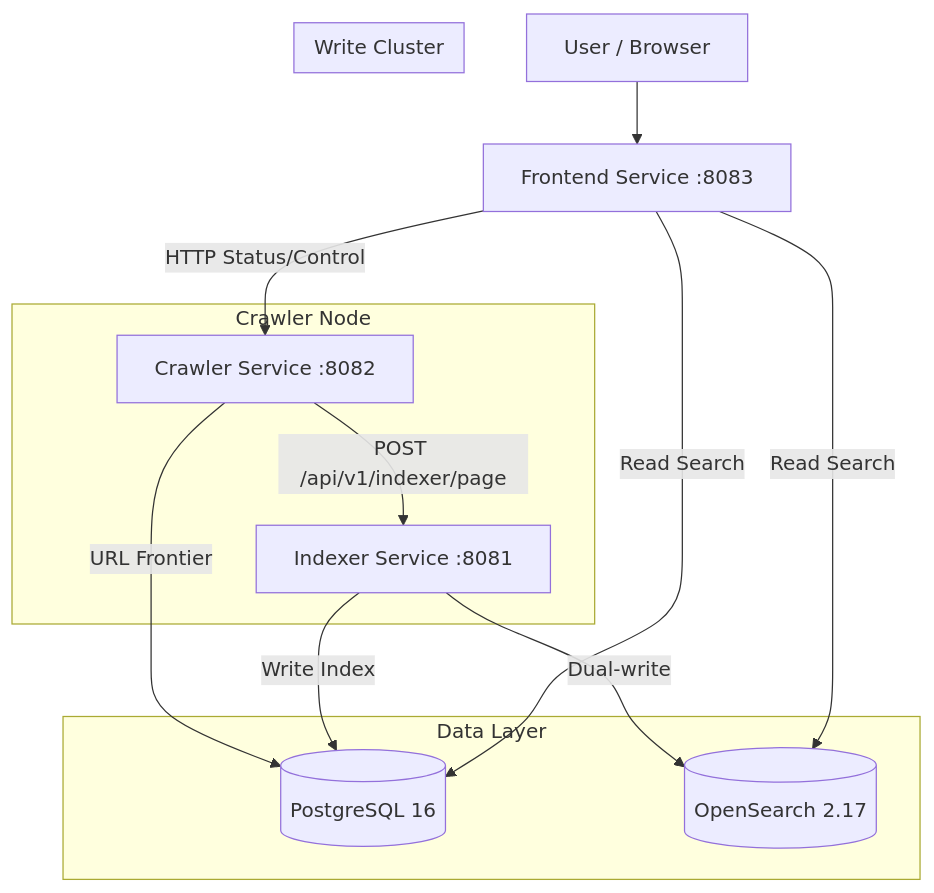
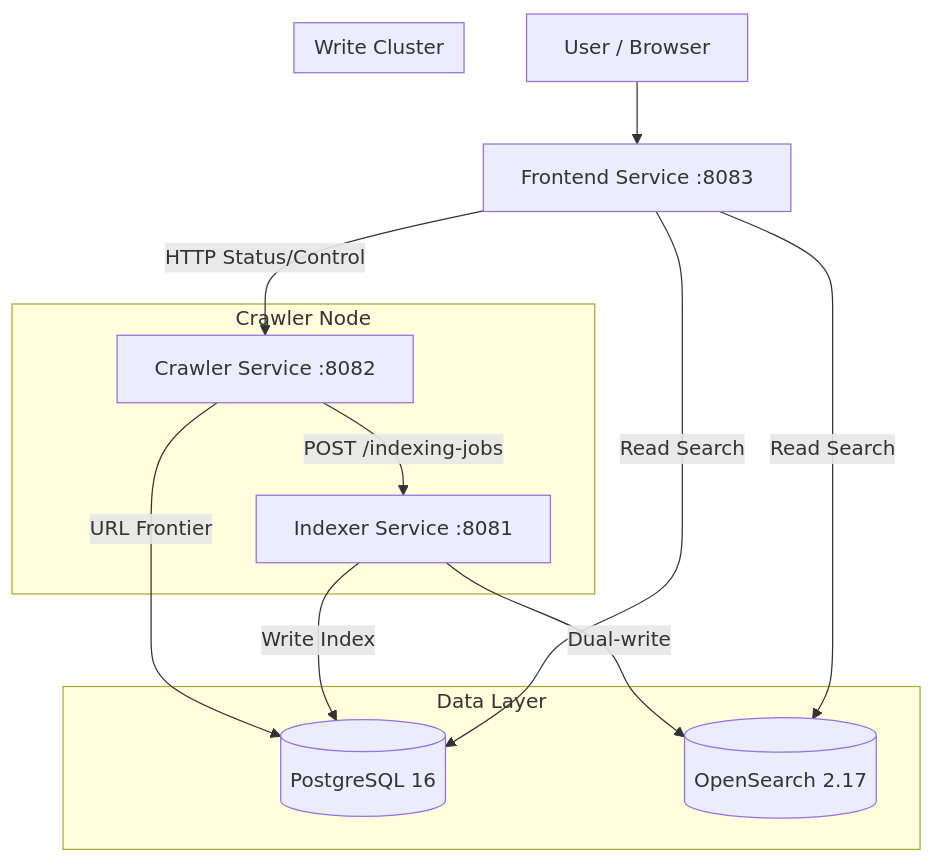
Before and after one commit to tomato414941/web-search: the diagram in docs/architecture.md, drawn with Mermaid. The commit also changed 37 other files, not shown here.

````diff
--- a/docs/architecture.md
+++ b/docs/architecture.md
@@ -39,25 +39,25 @@
 ```mermaid
 graph TD
     Client[User / Browser] --> Frontend[Frontend Service :8083]
 
     subgraph Data Layer
         DB[(PostgreSQL 16)]
         OS[(OpenSearch 2.17)]
     end
 
     subgraph Crawler Node
         Crawler[Crawler Service :8082]
-        Crawler -- POST /api/v1/indexer/page --> Indexer
+        Crawler -- POST /indexing-jobs --> Indexer
     end
 
     subgraph Write Cluster
         Indexer[Indexer Service :8081]
     end
 
     Frontend -- Read Search --> DB
     Frontend -- Read Search --> OS
     Indexer -- Write Index --> DB
     Indexer -- Dual-write --> OS
     Crawler -- URL Frontier --> DB
     Frontend -- HTTP Status/Control --> Crawler
 ```
````
